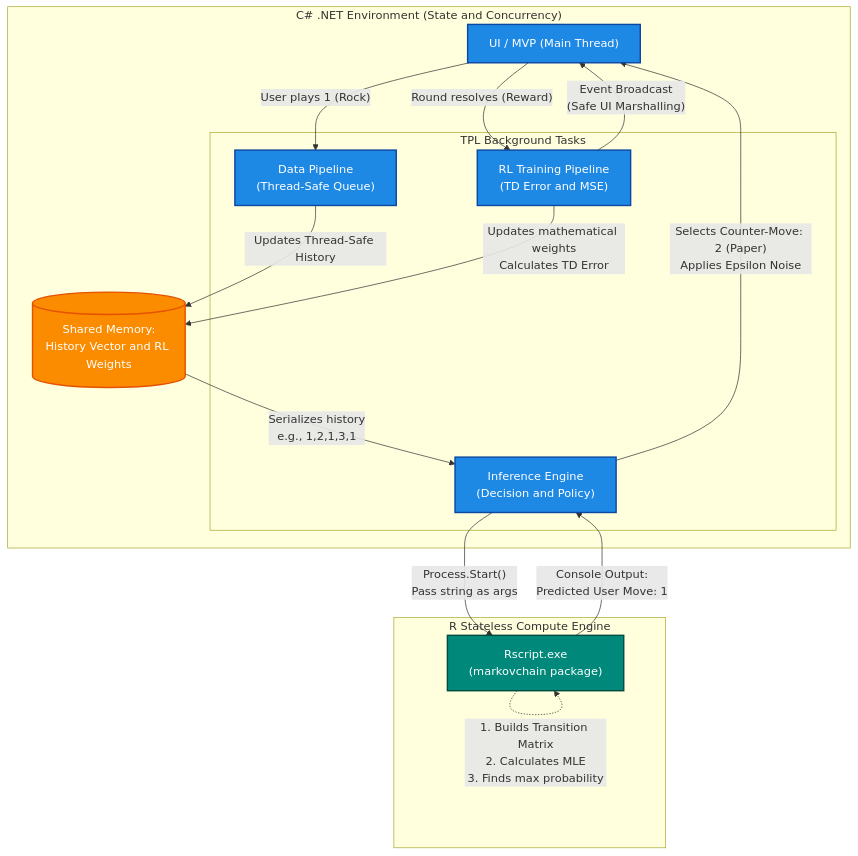
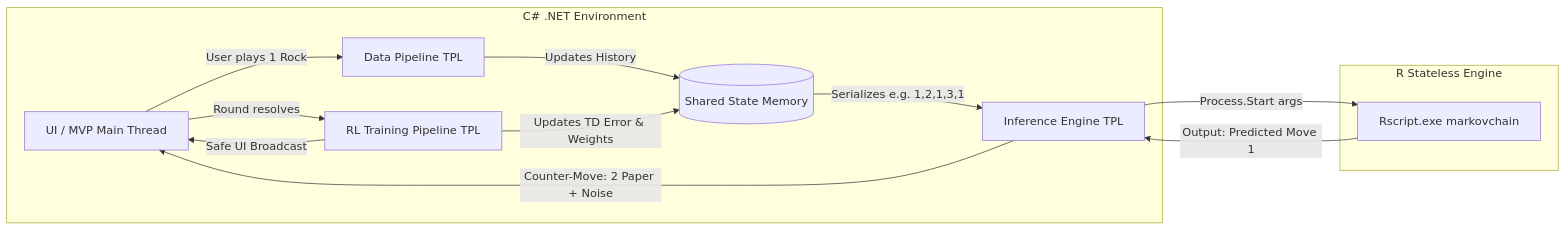
The diagram in docs/research_trainingVector.md (JuanPaQuezada/rock-paper-scissors-ml-predict), drawn with Mermaid before and after one commit.

````diff
--- a/docs/research_trainingVector.md
+++ b/docs/research_trainingVector.md
@@ -25,47 +25,24 @@
 ```mermaid
-graph TD
-    subgraph C_Sharp_Environment ["C# .NET Environment (State and Concurrency)"]
-        UI["UI / MVP (Main Thread)"]
-        
-        subgraph TPL_Pipelines ["TPL Background Tasks"]
-            DataPipe["Data Pipeline<br>(Thread-Safe Queue)"]
-            InfPipe["Inference Engine<br>(Decision and Policy)"]
-            RLPipe["RL Training Pipeline<br>(TD Error and MSE)"]
-        end
-        
-        State[("Shared Memory:<br>History Vector and RL Weights")]
+flowchart LR
+    subgraph C_Sharp [C# .NET Environment]
+        A[UI / MVP Main Thread]
+        B[Data Pipeline TPL]
+        C[(Shared State Memory)]
+        D[Inference Engine TPL]
+        F[RL Training Pipeline TPL]
     end
 
-    subgraph R_Environment ["R Stateless Compute Engine"]
-        R_Script["Rscript.exe<br>(markovchain package)"]
+    subgraph R_Env [R Stateless Engine]
+        E[Rscript.exe markovchain]
     end
 
-    %% Flujo de Ingesta de Datos
-    UI -->|"User plays 1 (Rock)"| DataPipe
-    DataPipe -->|"Updates Thread-Safe History"| State
-    
-    %% Flujo de Delegación (El Puente)
-    State -->|"Serializes history<br>e.g., 1,2,1,3,1"| InfPipe
-    InfPipe -->|"Process.Start()<br>Pass string as args"| R_Script
-    
-    %% Flujo de Cálculo en R
-    R_Script -.->|"1. Builds Transition Matrix<br>2. Calculates MLE<br>3. Finds max probability"| R_Script
-    R_Script -->|"Console Output:<br>Predicted User Move: 1"| InfPipe
-    
-    %% Flujo de Decisión AI y UI
-    InfPipe -->|"Selects Counter-Move: 2 (Paper)<br>Applies Epsilon Noise"| UI
-    
-    %% Flujo de Actualización Simulated RL
-    UI -->|"Round resolves (Reward)"| RLPipe
-    RLPipe -->|"Updates mathematical weights<br>Calculates TD Error"| State
-    RLPipe -->|"Event Broadcast<br>(Safe UI Marshalling)"| UI
-
-    %% Estilos
-    classDef csharp fill:#1e88e5,stroke:#0d47a1,stroke-width:2px,color:white;
-    classDef rlang fill:#00897b,stroke:#004d40,stroke-width:2px,color:white;
-    classDef mem fill:#fb8c00,stroke:#e65100,stroke-width:2px,color:white;
-    
-    class UI,DataPipe,InfPipe,RLPipe csharp;
-    class R_Script rlang;
-    class State mem;
+    A -->|User plays 1 Rock| B
+    B -->|Updates History| C
+    C -->|Serializes e.g. 1,2,1,3,1| D
+    D -->|Process.Start args| E
+    E -->|Output: Predicted Move 1| D
+    D -->|Counter-Move: 2 Paper + Noise| A
+    A -->|Round resolves| F
+    F -->|Updates TD Error & Weights| C
+    F -->|Safe UI Broadcast| A
 ```
````
